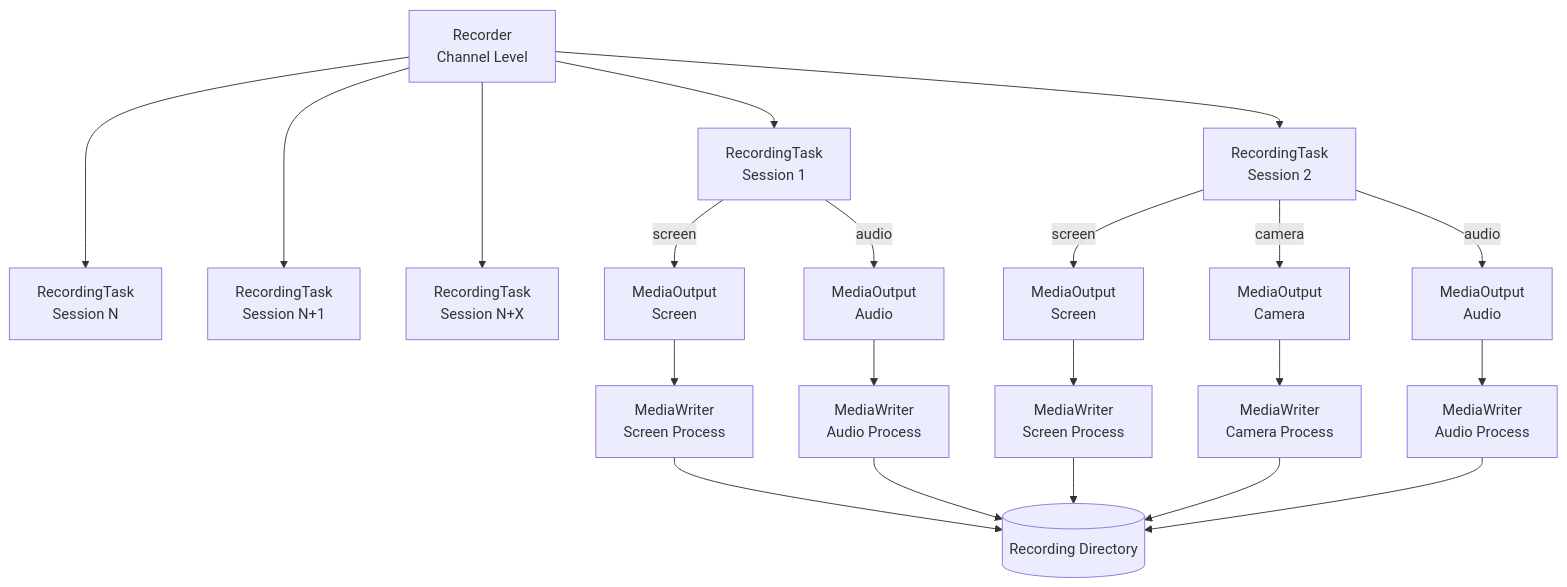
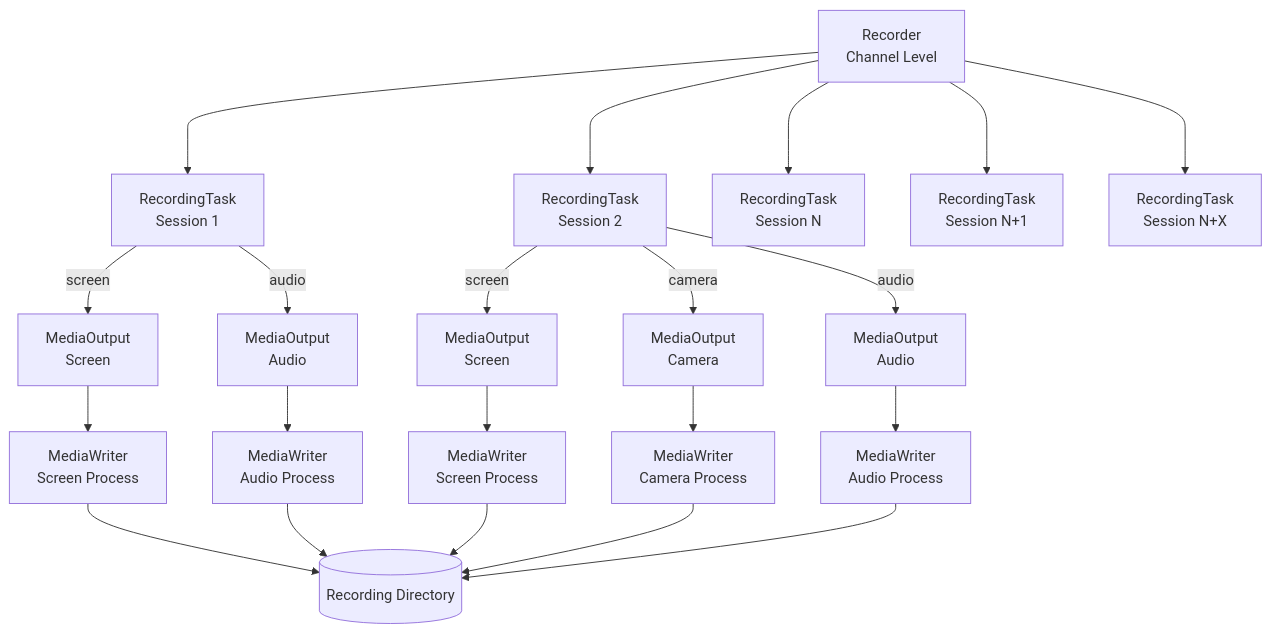
One commit to odoo/sfu changed the diagram in doc/recording.md. Above: the diagram before and after it, drawn with Mermaid. The commit also changed other lines of this file and 3 other files, not shown here.

````diff
--- a/doc/recording.md
+++ b/doc/recording.md
@@ -10,21 +10,21 @@
 ```mermaid
 flowchart TB
    
-    R["Recorder <br> Channel Level"] --> RT1["RecordingTask <br> Session 1"] & RT2["RecordingTask <br> Session 2"]
+    R["Recorder <br> Channel Level"] ---> RT1["RecordingTask <br> Session 1"] & RT2["RecordingTask <br> Session 2"]
     R ---> RTN["RecordingTask <br> Session N"] & RTN1["RecordingTask <br> Session N+1"] & RTN0["RecordingTask <br> Session N+X"]
     RT1 -- audio --> MOA1["MediaOutput <br> Audio"]
     RT1 -- screen --> MOS1["MediaOutput <br> Screen"]
     RT2 -- screen --> MOS2["MediaOutput <br> Screen"]
     RT2 -- camera --> MOC2["MediaOutput <br> Camera"]
     RT2 -- audio --> MOA2["MediaOutput <br> Audio"]
     MOA1 --> FFA1["MediaWriter <br> Audio Process"]
     MOS1 --> FFS1["MediaWriter <br> Screen Process"]
     MOA2 --> FFA2["MediaWriter <br> Audio Process"]
     MOS2 --> FFS2["MediaWriter <br> Screen Process"]
     MOC2 --> FFC2["MediaWriter <br> Camera Process"]
     FFS1 --> DIR[("Recording Directory")]
     FFA1 --> DIR
     FFS2 --> DIR
     FFC2 --> DIR
     FFA2 --> DIR
 ```
````
